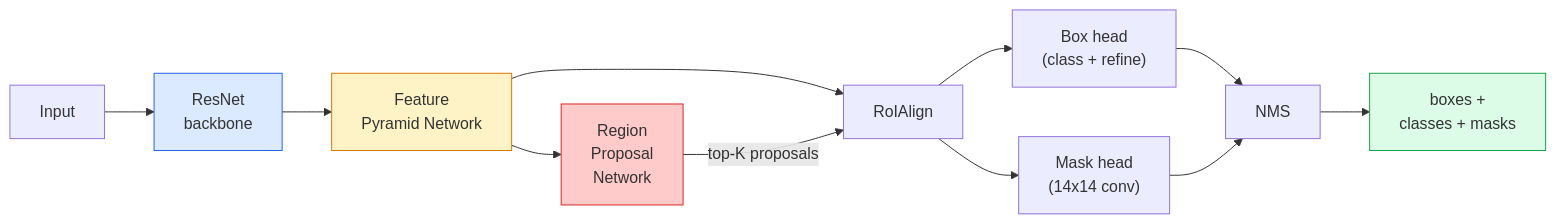
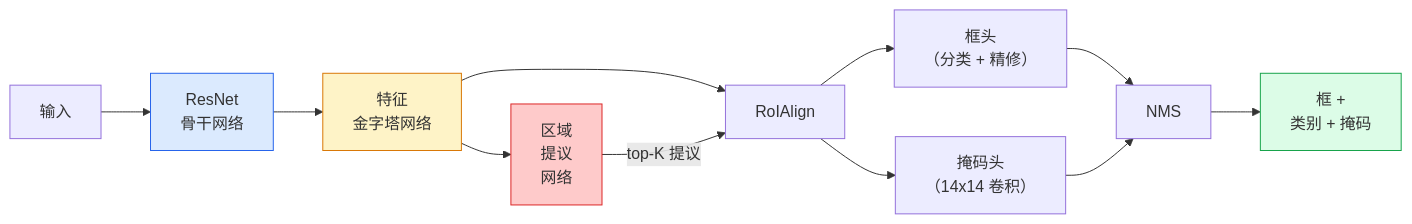
One commit to JerryC8080/ai-engineering-from-scratch-zh changed the diagram in phases/04-computer-vision/08-instance-segmentation-mask-rcnn/docs/zh.md. Above: the diagram before and after it, drawn with Mermaid. The commit also changed 156 other files, not shown here.

First line of the commit message:
i18n(zh): translate mermaid diagram labels in 157 lesson zh.md

````diff
--- a/phases/04-computer-vision/08-instance-segmentation-mask-rcnn/docs/zh.md
+++ b/phases/04-computer-vision/08-instance-segmentation-mask-rcnn/docs/zh.md
@@ -31,18 +31,18 @@
 ```mermaid
 flowchart LR
-    IMG["Input"] --> BB["ResNet<br/>backbone"]
-    BB --> FPN["Feature<br/>Pyramid Network"]
-    FPN --> RPN["Region<br/>Proposal<br/>Network"]
+    IMG["输入"] --> BB["ResNet<br/>骨干网络"]
+    BB --> FPN["特征<br/>金字塔网络"]
+    FPN --> RPN["区域<br/>提议<br/>网络"]
     FPN --> RA["RoIAlign"]
-    RPN -->|"top-K proposals"| RA
-    RA --> BH["Box head<br/>(class + refine)"]
-    RA --> MH["Mask head<br/>(14x14 conv)"]
+    RPN -->|"top-K 提议"| RA
+    RA --> BH["框头<br/>（分类 + 精修）"]
+    RA --> MH["掩码头<br/>（14x14 卷积）"]
     BH --> NMS["NMS"]
     MH --> NMS
-    NMS --> OUT["boxes +<br/>classes + masks"]
+    NMS --> OUT["框 +<br/>类别 + 掩码"]
 
     style BB fill:#dbeafe,stroke:#2563eb
     style FPN fill:#fef3c7,stroke:#d97706
     style RPN fill:#fecaca,stroke:#dc2626
     style OUT fill:#dcfce7,stroke:#16a34a
 ```
````
